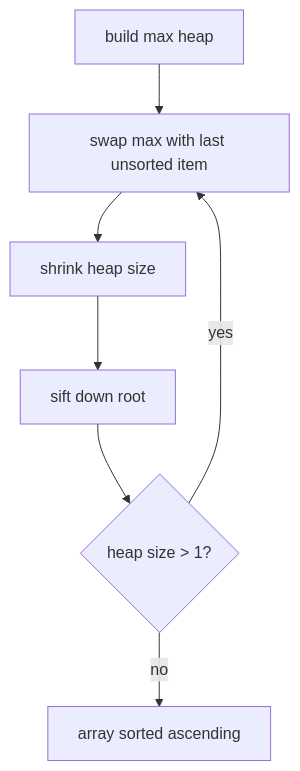
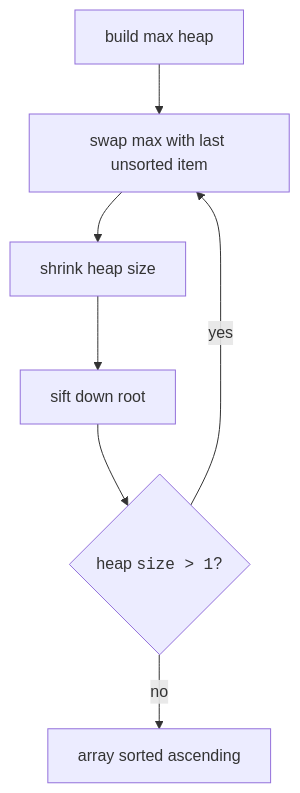
One commit to dataslope/dataslope changed the fourth of 4 diagrams in content/learn/mastering-dsa-cpp/heaps.mdx. Above: the diagram before and after it, drawn with Mermaid. The commit also changed 46 other files, not shown here.

First line of the commit message:
Wrap code in mermaid edge labels + entity/table names in DB diagrams

````diff
--- a/content/learn/mastering-dsa-cpp/heaps.mdx
+++ b/content/learn/mastering-dsa-cpp/heaps.mdx
@@ -175,9 +175,9 @@
 ```mermaid
 flowchart TD
     A["build max heap"] --> B["swap max with last unsorted item"]
     B --> C["shrink heap size"]
     C --> D["sift down root"]
-    D --> E{"heap size > 1?"}
+    D --> E{"heap <code>size &gt; 1</code>?"}
     E -- "yes" --> B
     E -- "no" --> F["array sorted ascending"]
 ```
````
